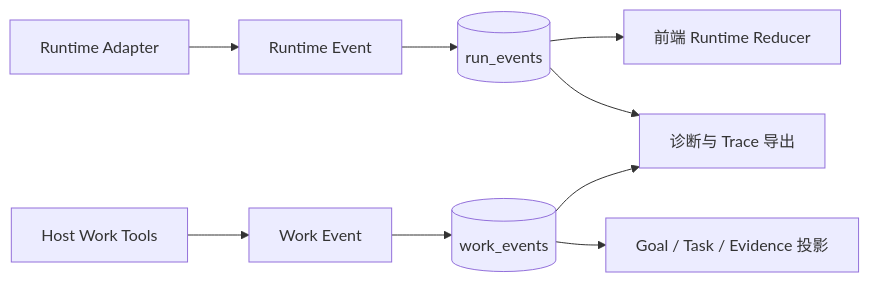
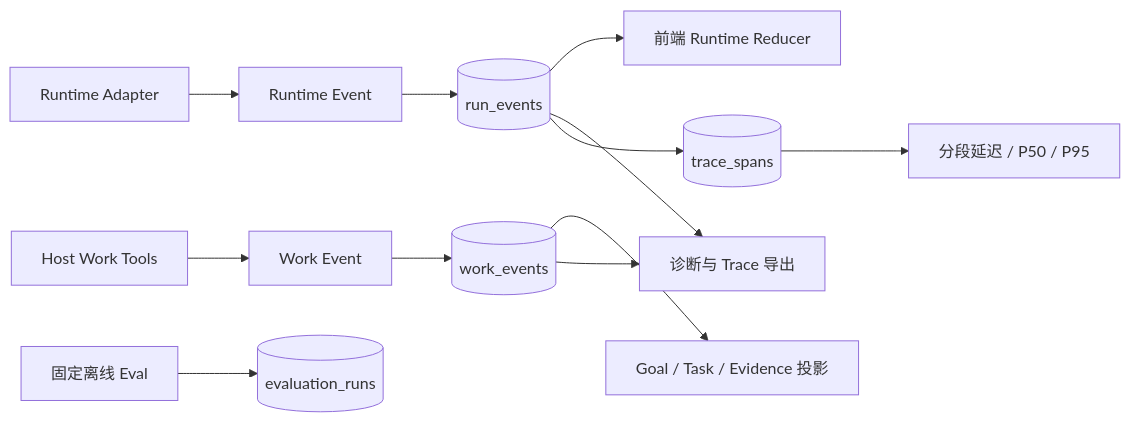
Before and after one commit to Hry1729/Fox-Agent: the first of 2 diagrams in docs/02-架构/可观测性与测试架构.md, drawn with Mermaid. The commit also changed other lines of this file and 224 other files, not shown here.

````diff
--- a/docs/02-架构/可观测性与测试架构.md
+++ b/docs/02-架构/可观测性与测试架构.md
@@ -26,11 +26,14 @@
 ```mermaid
 flowchart LR
     R["Runtime Adapter"] --> RE["Runtime Event"]
     RE --> RUNDB[("run_events")]
     RUNDB --> REDUCER["前端 Runtime Reducer"]
     HT["Host Work Tools"] --> WE["Work Event"]
     WE --> WORKDB[("work_events")]
     WORKDB --> WORKUI["Goal / Task / Evidence 投影"]
     RUNDB --> TRACE["诊断与 Trace 导出"]
     WORKDB --> TRACE
+    RUNDB --> SPAN[("trace_spans")]
+    SPAN --> METRIC["分段延迟 / P50 / P95"]
+    EVAL["固定离线 Eval"] --> EVALDB[("evaluation_runs")]
 ```
````
